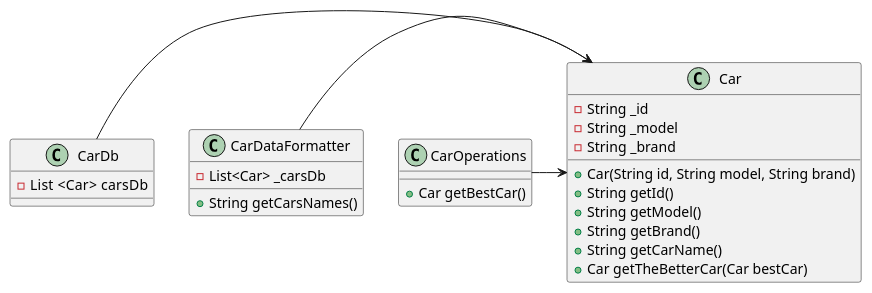
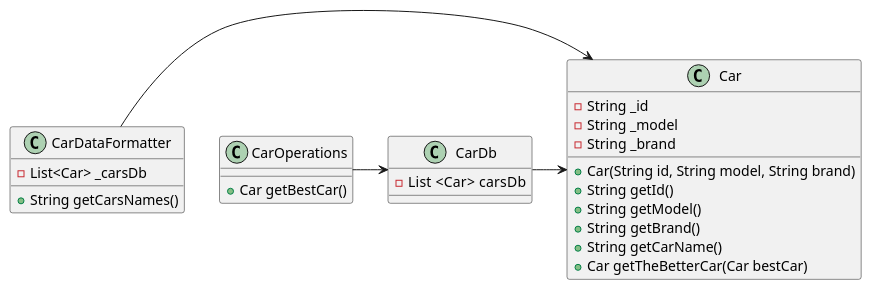
One commit to aymenbouhaha/TP-SOLID changed the diagram in SOLID/SRP/src/com/directi/training/srp/exercise_refactored/diag.puml. Above: the diagram before and after it, drawn with PlantUML.

Commit message:
updating  digrams

```diff
--- a/SOLID/SRP/src/com/directi/training/srp/exercise_refactored/diag.puml
+++ b/SOLID/SRP/src/com/directi/training/srp/exercise_refactored/diag.puml
@@ -1,29 +1,30 @@
 @startuml
 class Car{
     - String _id
     - String _model
     - String _brand
     + Car(String id, String model, String brand)
     + String getId()
     + String getModel()
     + String getBrand()
     + String getCarName()
     + Car getTheBetterCar(Car bestCar)
 }
 
 class CarDataFormatter{
     - List<Car> _carsDb
     +  String getCarsNames()
 }
 class CarDb{
     - List <Car>  carsDb
 }
 class CarOperations{
     + Car getBestCar()
 }
 
 CarDb -> Car
 CarDataFormatter -> Car
-CarOperations -> Car
+CarOperations -> CarDb
+
 
 @enduml
```
